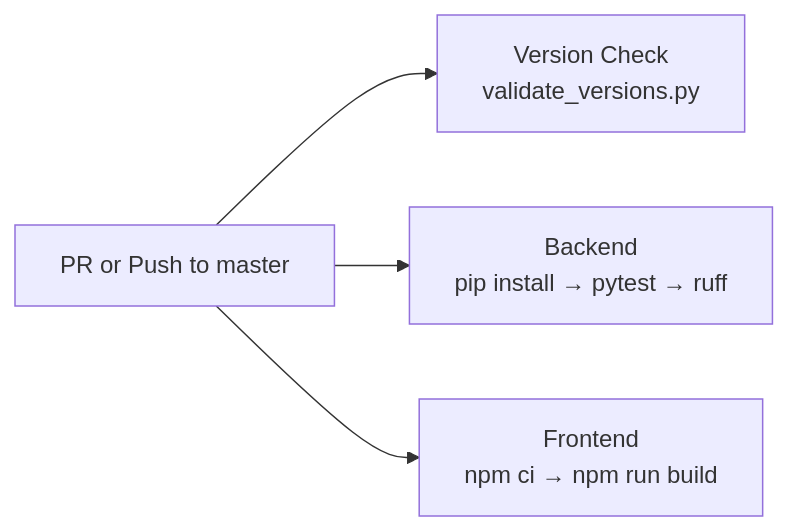
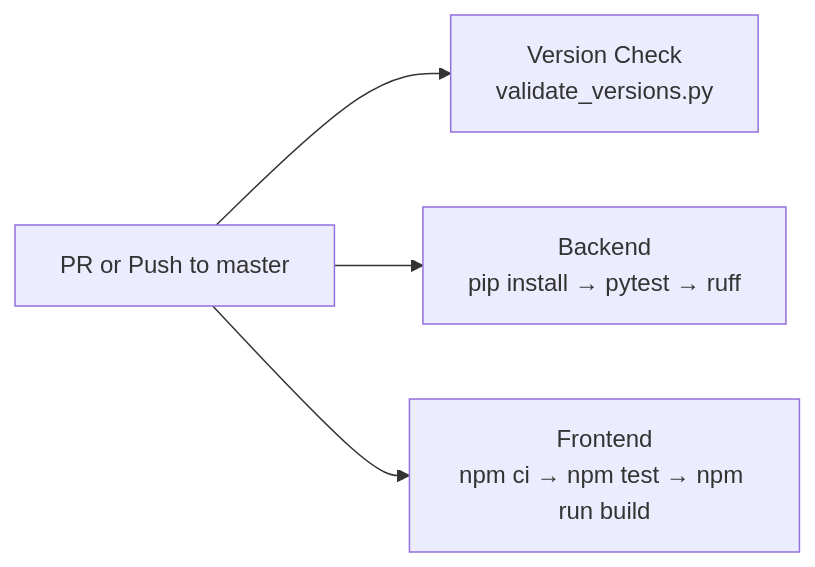
One commit to BadgerOps/grapheon changed the second of 2 diagrams in docs/testing.md. Above: the diagram before and after it, drawn with Mermaid. The commit also changed other lines of this file and 11 other files, not shown here.

First line of the commit message:
feat: add experimental isoflow isometric network diagram view (v0.9.0)

````diff
--- a/docs/testing.md
+++ b/docs/testing.md
@@ -188,6 +205,6 @@
 ```mermaid
 flowchart LR
     PR[PR or Push to master] --> V[Version Check<br/>validate_versions.py]
     PR --> BE[Backend<br/>pip install → pytest → ruff]
-    PR --> FE[Frontend<br/>npm ci → npm run build]
+    PR --> FE[Frontend<br/>npm ci → npm test → npm run build]
 ```
````
